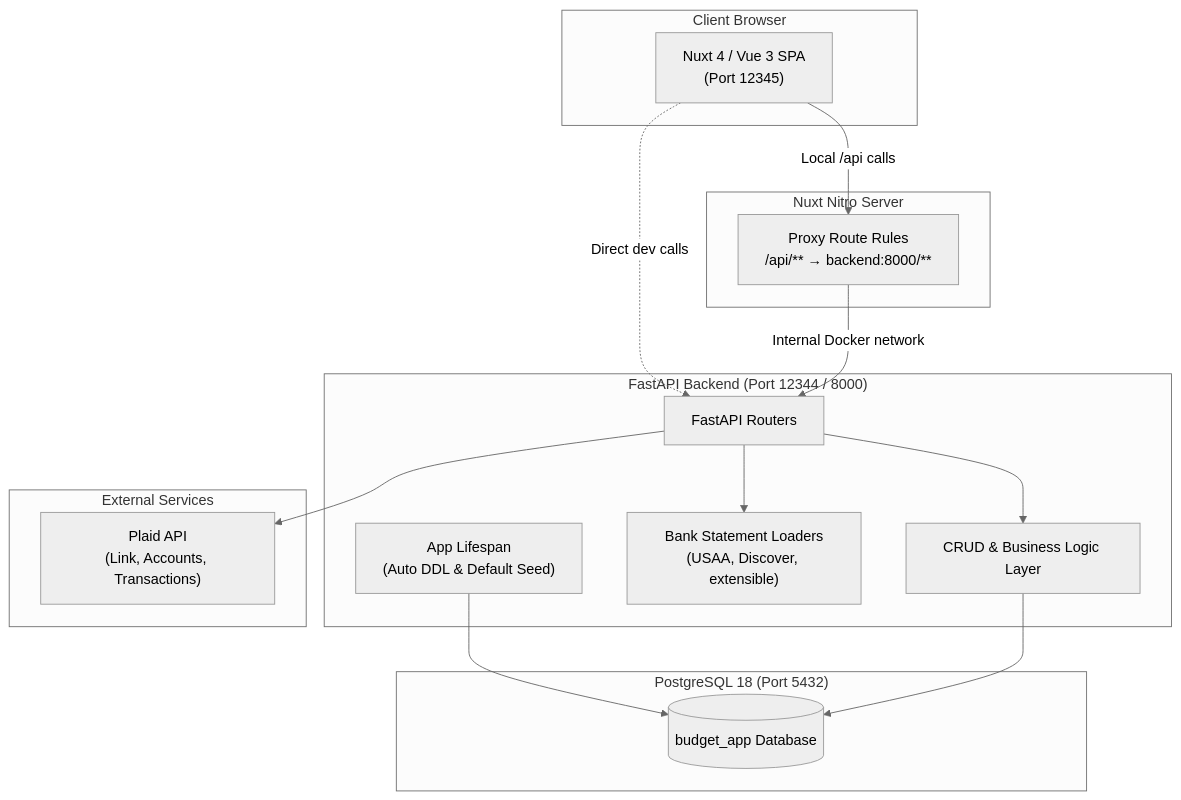
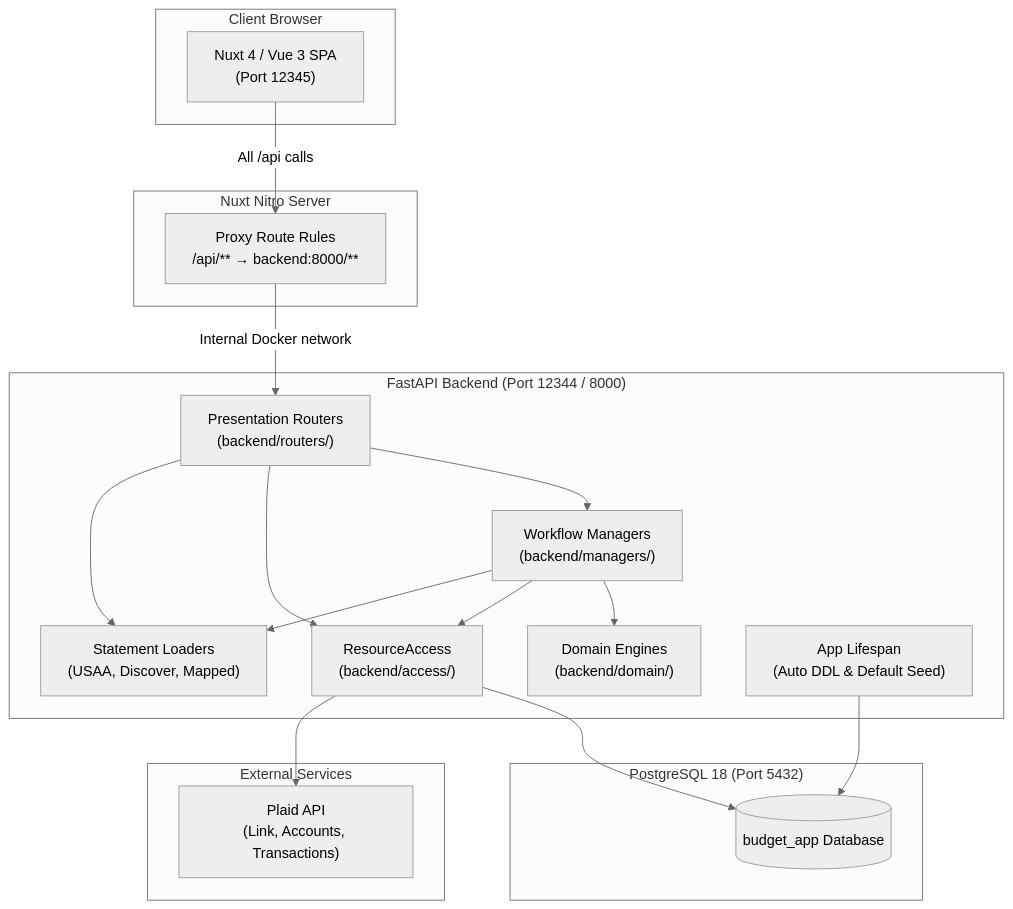
Before and after one commit to West04/PersonalBudgetApp: the first of 2 diagrams in docs/old_architecture/ARCHITECTURE.md, drawn with Mermaid (neutral theme). The commit also changed other lines of this file and 11 other files, not shown here.

Commit message:
docs: refresh architecture and csv workflow documentation

````diff
--- a/docs/old_architecture/ARCHITECTURE.md
+++ b/docs/old_architecture/ARCHITECTURE.md
@@ -11,34 +11,39 @@
 ```mermaid
 flowchart TD
     subgraph Client ["Client Browser"]
         UI["Nuxt 4 / Vue 3 SPA<br/>(Port 12345)"]
     end
 
     subgraph ReverseProxy ["Nuxt Nitro Server"]
         Proxy["Proxy Route Rules<br/>/api/** &rarr; backend:8000/**"]
     end
 
     subgraph Backend ["FastAPI Backend (Port 12344 / 8000)"]
-        Router["FastAPI Routers"]
-        CRUD["CRUD & Business Logic Layer"]
-        Loader["Bank Statement Loaders<br/>(USAA, Discover, extensible)"]
+        Router["Presentation Routers<br/>(backend/routers/)"]
+        Mgr["Workflow Managers<br/>(backend/managers/)"]
+        Engine["Domain Engines<br/>(backend/domain/)"]
+        Access["ResourceAccess<br/>(backend/access/)"]
+        Loader["Statement Loaders<br/>(USAA, Discover, Mapped)"]
         Lifespan["App Lifespan<br/>(Auto DDL & Default Seed)"]
     end
 
     subgraph Database ["PostgreSQL 18 (Port 5432)"]
         DB[(budget_app Database)]
     end
 
     subgraph External ["External Services"]
         PlaidAPI["Plaid API<br/>(Link, Accounts, Transactions)"]
     end
 
-    UI -->|Local /api calls| Proxy
-    UI -.->|Direct dev calls| Router
+    UI -->|All /api calls| Proxy
     Proxy -->|Internal Docker network| Router
-    Router --> CRUD
+    Router --> Mgr
+    Router --> Access
     Router --> Loader
+    Mgr --> Engine
+    Mgr --> Access
+    Mgr --> Loader
+    Access --> DB
+    Access --> PlaidAPI
     Lifespan --> DB
-    CRUD --> DB
-    Router --> PlaidAPI
 ```
````
